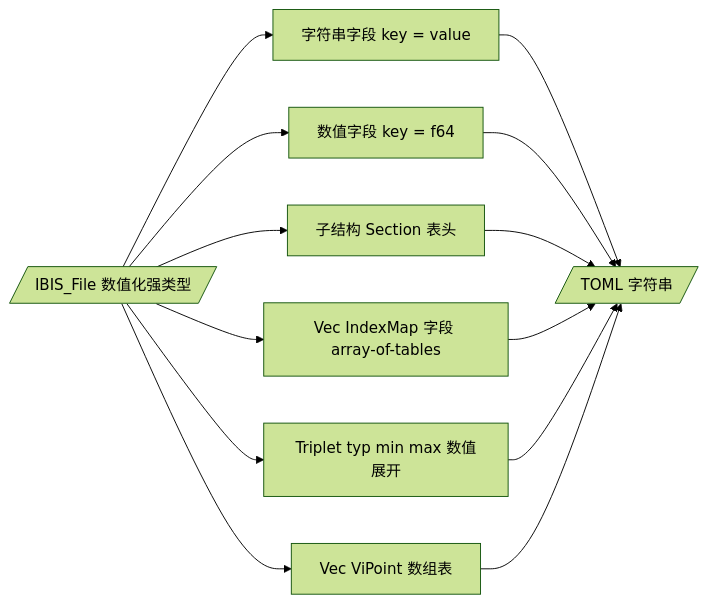
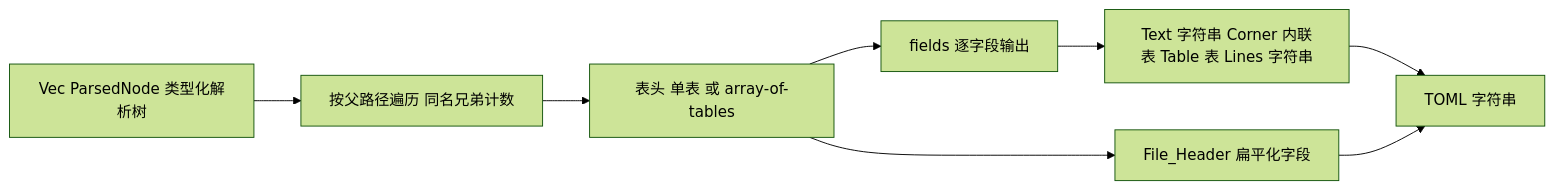
One commit to ykjoe/IBIS_Parser changed the sixth of 6 diagrams in plans/ibis2ibstoml_architecture.md. Above: the diagram before and after it, drawn with Mermaid (forest theme). The commit also changed other lines of this file and 32 other files, not shown here.

Commit message:
optimize frontend design, discard using pest, use a toml schema

````diff
--- a/plans/ibis2ibstoml_architecture.md
+++ b/plans/ibis2ibstoml_architecture.md
@@ -650,15 +592,10 @@
 ```mermaid
 flowchart LR
-    IBIS[/IBIS_File 数值化强类型/] --> STR[字符串字段 key = value]
-    IBIS --> NUM[数值字段 key = f64]
-    IBIS --> STRUCT[子结构 Section 表头]
-    IBIS --> COLL[Vec IndexMap 字段 array-of-tables]
-    IBIS --> TRIP[Triplet typ min max 数值展开]
-    IBIS --> VIP[Vec ViPoint 数组表]
-    STR --> OUT[/TOML 字符串/]
-    NUM --> OUT
-    STRUCT --> OUT
-    COLL --> OUT
-    TRIP --> OUT
-    VIP --> OUT
+    PARSED[Vec ParsedNode 类型化解析树] --> GROUP[按父路径遍历 同名兄弟计数]
+    GROUP --> HDR[表头 单表 或 array-of-tables]
+    HDR --> FIELDS[fields 逐字段输出]
+    HDR --> HEADER[File_Header 扁平化字段]
+    FIELDS --> VAL[Text 字符串 Corner 内联表 Table 表 Lines 字符串]
+    VAL --> OUT[TOML 字符串]
+    HEADER --> OUT
 ```
````
